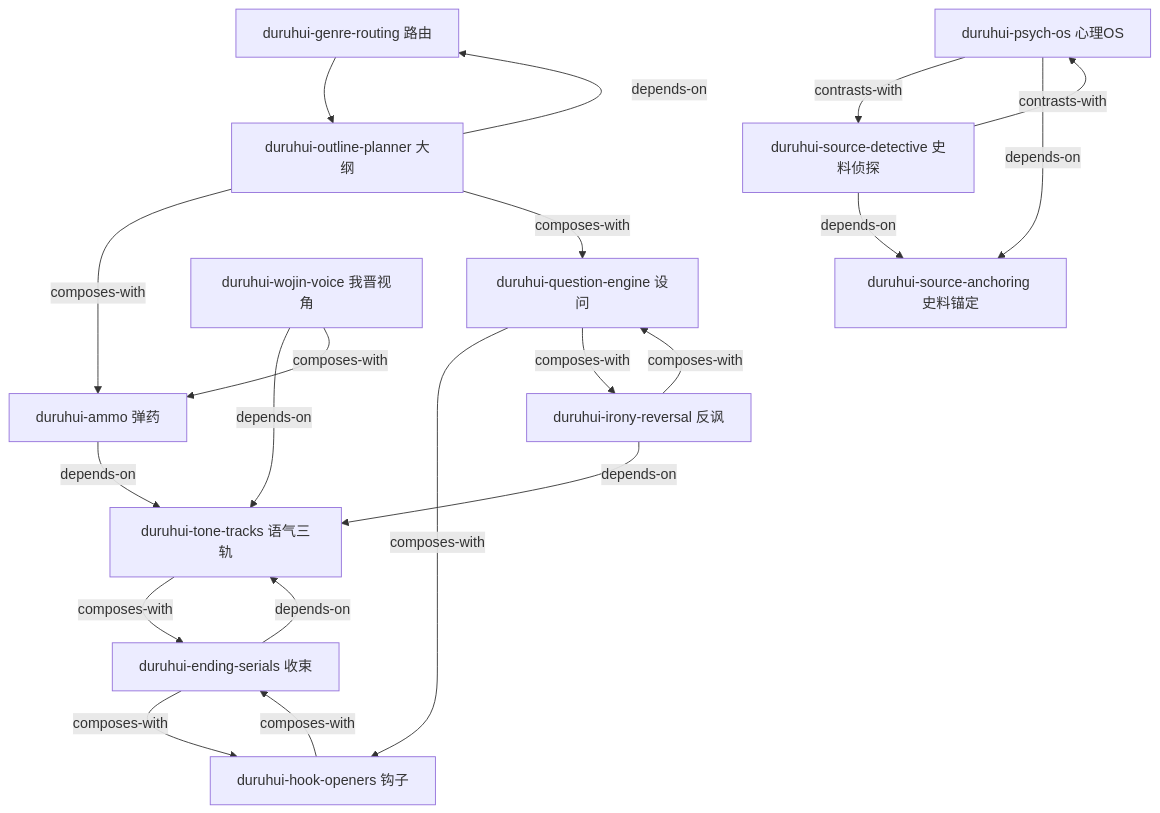
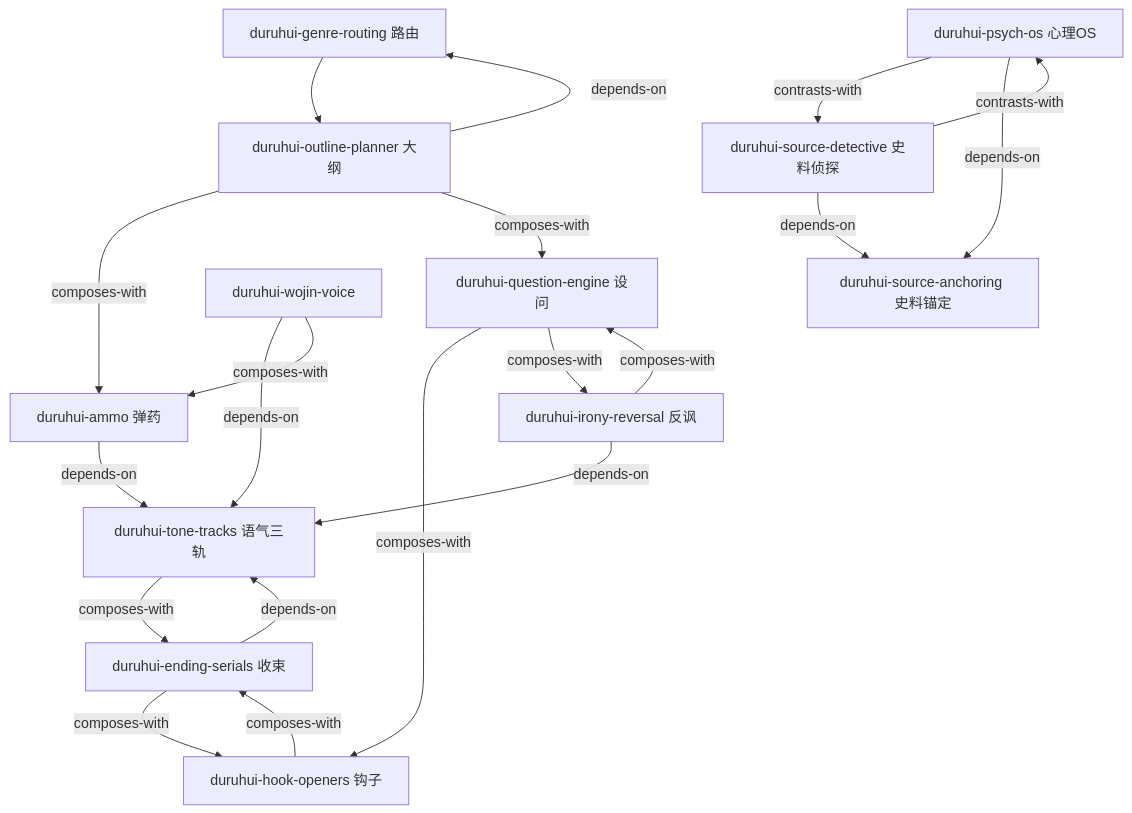
Before and after one commit to hhjiawei/beauty-story: the diagram in stories/historystory/history-voice-pipeline-v2/skills/style-library/references/INDEX.md, drawn with Mermaid. The commit also changed other lines of this file and 16 other files, not shown here.

````diff
--- a/stories/historystory/history-voice-pipeline-v2/skills/style-library/references/INDEX.md
+++ b/stories/historystory/history-voice-pipeline-v2/skills/style-library/references/INDEX.md
@@ -60,28 +60,28 @@
 ```mermaid
 graph TD
     GR[duruhui-genre-routing 路由] --> OP[duruhui-outline-planner 大纲]
     OP -->|depends-on| GR
     OP -->|composes-with| AMMO[duruhui-ammo 弹药]
     OP -->|composes-with| QE[duruhui-question-engine 设问]
 
-    WJ[duruhui-wojin-voice 我晋视角] -->|depends-on| TT[duruhui-tone-tracks 语气三轨]
+    WJ[duruhui-wojin-voice] -->|depends-on| TT[duruhui-tone-tracks 语气三轨]
     WJ -->|composes-with| AMMO
 
     AMMO -->|depends-on| TT
     QE -->|composes-with| HO[duruhui-hook-openers 钩子]
     QE -->|composes-with| IR[duruhui-irony-reversal 反讽]
 
     IR -->|depends-on| TT
     IR -->|composes-with| QE
 
     PSY[duruhui-psych-os 心理OS] -->|contrasts-with| SD[duruhui-source-detective 史料侦探]
     PSY -->|depends-on| SA[duruhui-source-anchoring 史料锚定]
 
     SD -->|depends-on| SA
     SD -->|contrasts-with| PSY
 
     HO -->|composes-with| ES[duruhui-ending-serials 收束]
     ES -->|depends-on| TT
     ES -->|composes-with| HO
     TT -->|composes-with| ES
 ```
````
